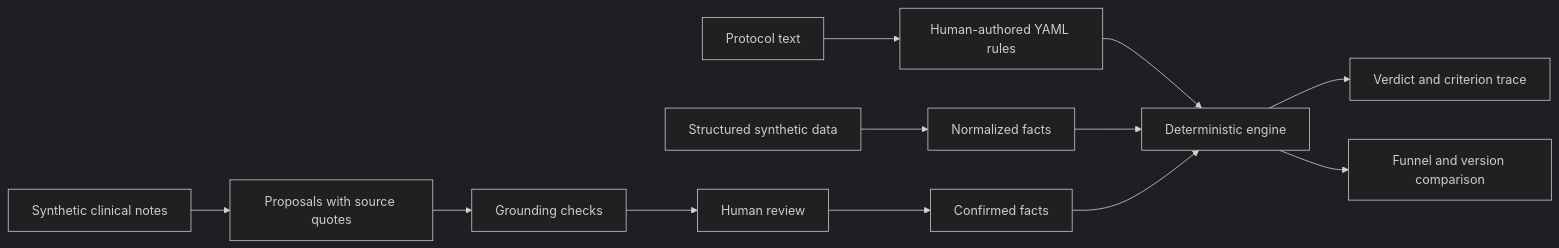
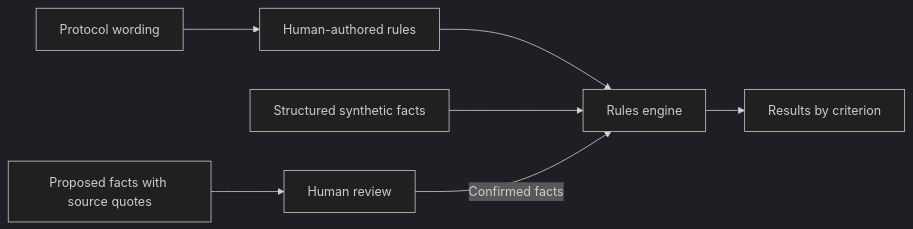
Before and after one commit to emmcygn/rulekit: the diagram in README.md, drawn with Mermaid (dark theme). The commit also changed other lines of this file and 2 other files, not shown here.

Commit message:
Condense README for clinical operations and engineering readers

````diff
--- a/README.md
+++ b/README.md
@@ -81,14 +23,9 @@
 ```mermaid
 flowchart LR
-    P[Protocol text] --> H[Human-authored YAML rules]
-    S[Structured synthetic data] --> N[Normalized facts]
-    C[Synthetic clinical notes] --> L[Proposals with source quotes]
-    L --> G[Grounding checks]
-    G --> R[Human review]
-    R --> F[Confirmed facts]
-    H --> E[Deterministic engine]
-    N --> E
-    F --> E
-    E --> T[Verdict and criterion trace]
-    E --> W[Funnel and version comparison]
+    P[Protocol wording] --> R[Human-authored rules]
+    R --> E[Rules engine]
+    S[Structured synthetic facts] --> E
+    N[Proposed facts with source quotes] --> H[Human review]
+    H -->|Confirmed facts| E
+    E --> V[Results by criterion]
 ```
````
